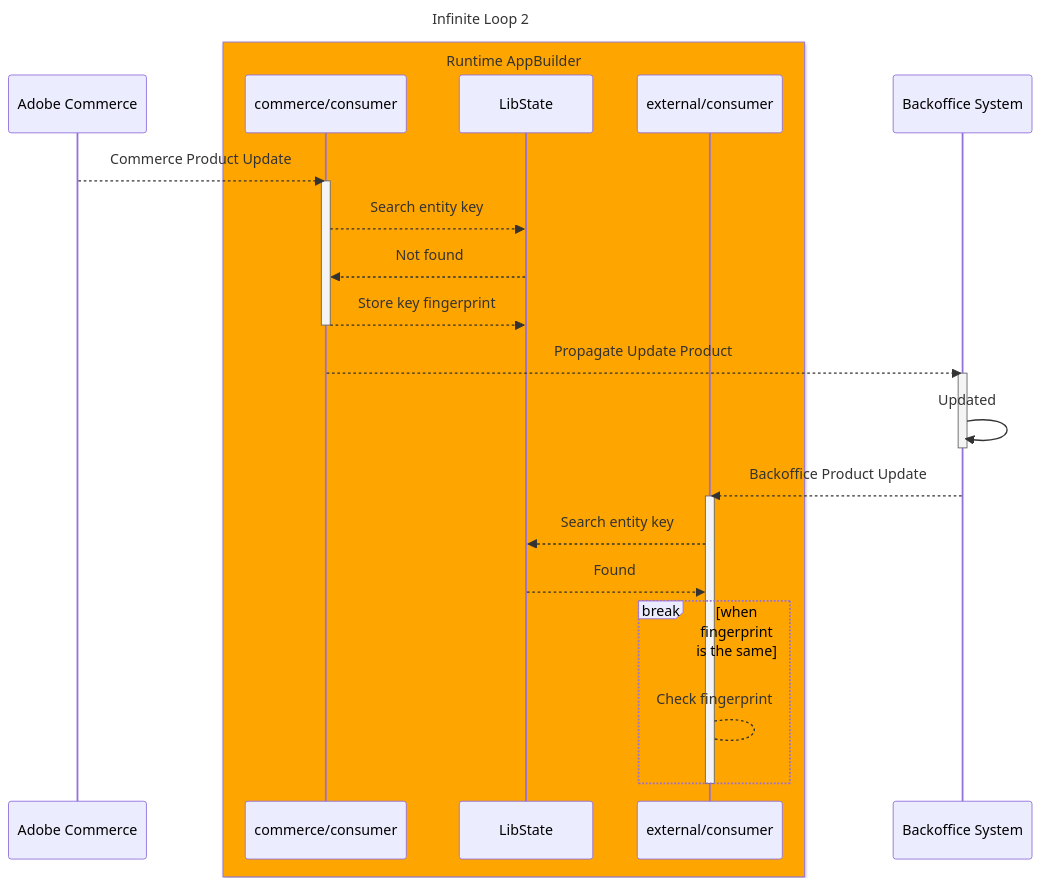
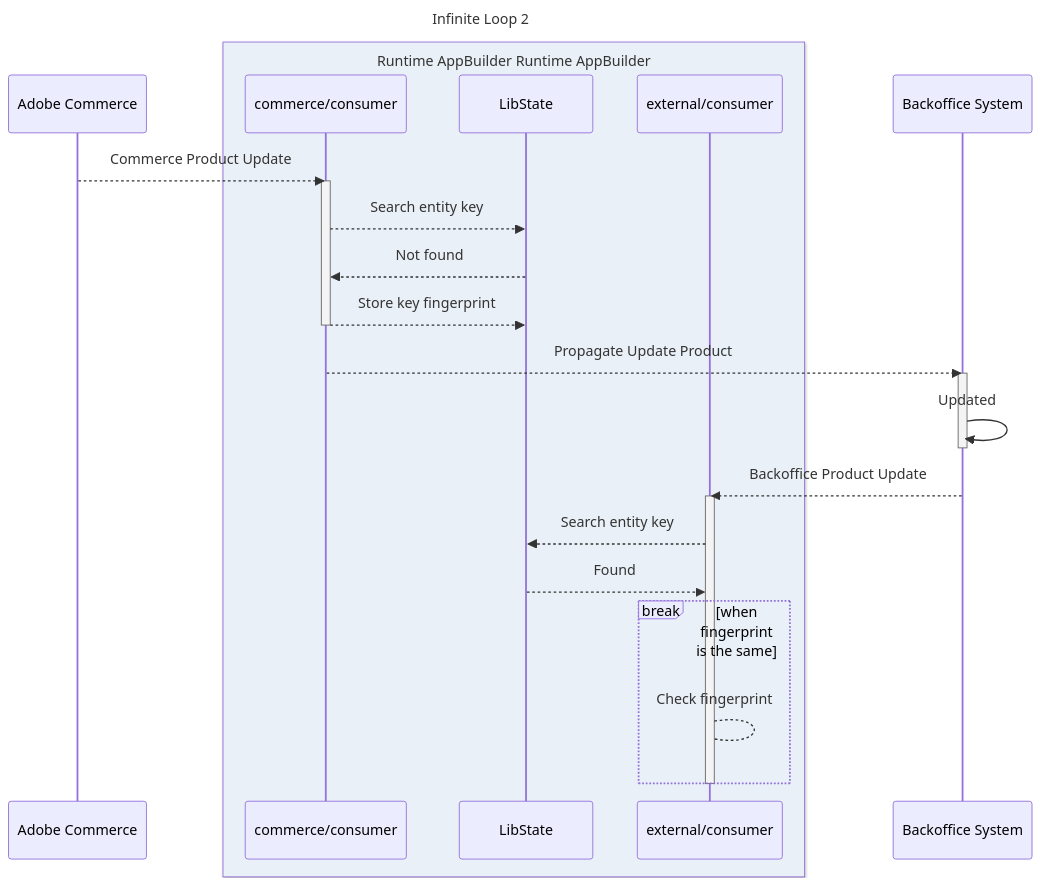
One commit to adobe/commerce-integration-starter-kit changed the second of 2 diagrams in actions/product/external/consumer/docs/README.md. Above: the diagram before and after it, drawn with Mermaid. The commit also changed other lines of this file, not shown here.

````diff
--- a/actions/product/external/consumer/docs/README.md
+++ b/actions/product/external/consumer/docs/README.md
@@ -52,35 +51,35 @@
 ```mermaid
 ---
 title: Infinite Loop 2
 ---
 sequenceDiagram
 participant Adobe Commerce
-box Orange Runtime AppBuilder
+box rgb(234, 240, 247) Runtime AppBuilder Runtime AppBuilder
 participant commerce/consumer
 participant LibState
 participant external/consumer
 end
 participant Backoffice System
 
 Adobe Commerce-->>commerce/consumer: Commerce Product Update
 activate commerce/consumer
 commerce/consumer-->>LibState: Search entity key
 LibState-->>commerce/consumer: Not found
 commerce/consumer-->>LibState: Store key fingerprint
 deactivate commerce/consumer
 
 commerce/consumer-->>Backoffice System: Propagate Update Product
 activate Backoffice System
 Backoffice System->>Backoffice System: Updated
 deactivate Backoffice System
 Backoffice System-->>external/consumer: Backoffice Product Update
 activate external/consumer
 external/consumer-->>LibState: Search entity key
 LibState-->>external/consumer: Found
 break when fingerprint is the same
 external/consumer-->external/consumer: Check fingerprint
 end
 deactivate external/consumer
 
 
 ```
````
